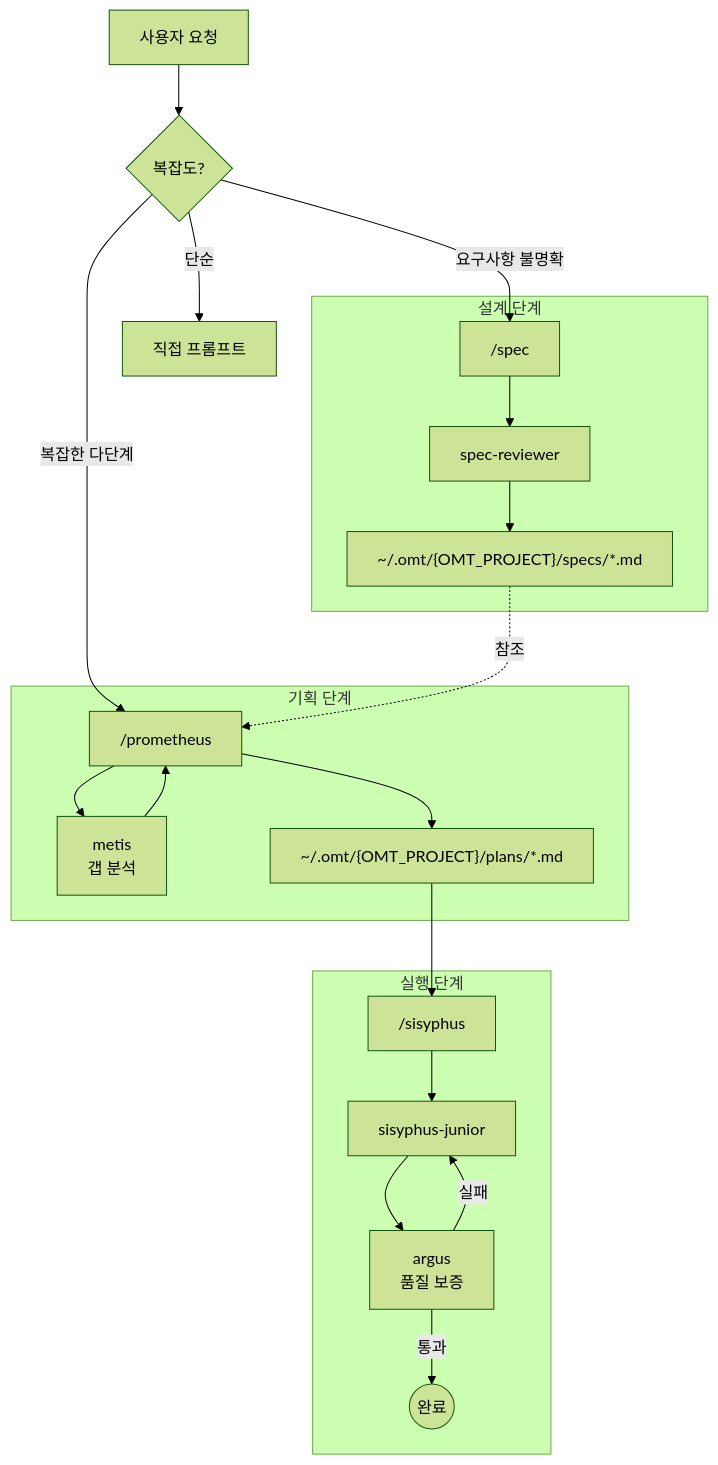
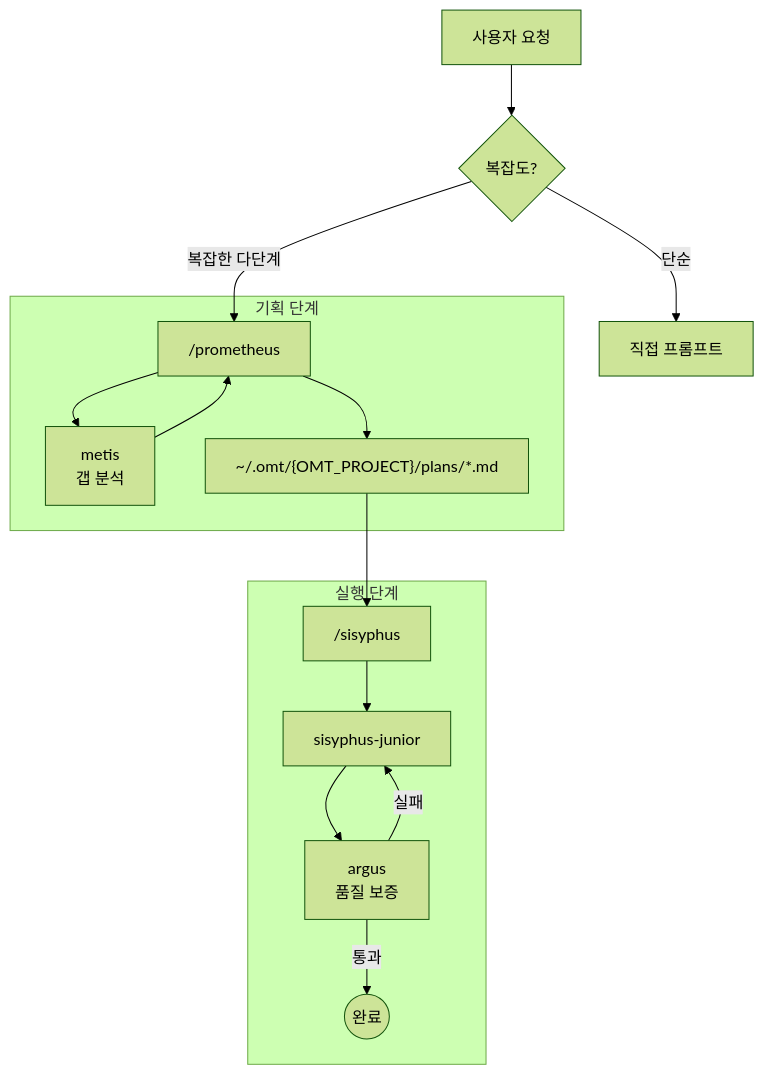
One commit to toongri/oh-my-toong-playground changed the diagram in docs/ORCHESTRATION.md. Above: the diagram before and after it, drawn with Mermaid (forest theme). The commit also changed other lines of this file and 65 other files, not shown here.

First line of the commit message:
chore: spec·spec-review 스킬 및 spec-reviewer 제거

````diff
--- a/docs/ORCHESTRATION.md
+++ b/docs/ORCHESTRATION.md
@@ -50,29 +46,21 @@
 ```mermaid
 flowchart TD
     User[사용자 요청] --> Decision{복잡도?}
 
     Decision -->|단순| Direct[직접 프롬프트]
-    Decision -->|요구사항 불명확| Spec
     Decision -->|복잡한 다단계| Prometheus
-
-    subgraph 설계 단계
-        Spec["/spec"] --> SpecReviewer[spec-reviewer]
-        SpecReviewer --> SpecFile["~/.omt/{OMT_PROJECT}/specs/*.md"]
-    end
 
     subgraph 기획 단계
         Prometheus["/prometheus"] --> Metis[metis<br/>갭 분석]
         Metis --> Prometheus
         Prometheus --> PlanFile["~/.omt/{OMT_PROJECT}/plans/*.md"]
     end
-
-    SpecFile -.->|참조| Prometheus
 
     subgraph 실행 단계
         PlanFile --> Sisyphus["/sisyphus"]
         Sisyphus --> Junior[sisyphus-junior]
         Junior --> QA[argus<br/>품질 보증]
         QA -->|통과| Done((완료))
         QA -->|실패| Junior
     end
 ```
````
